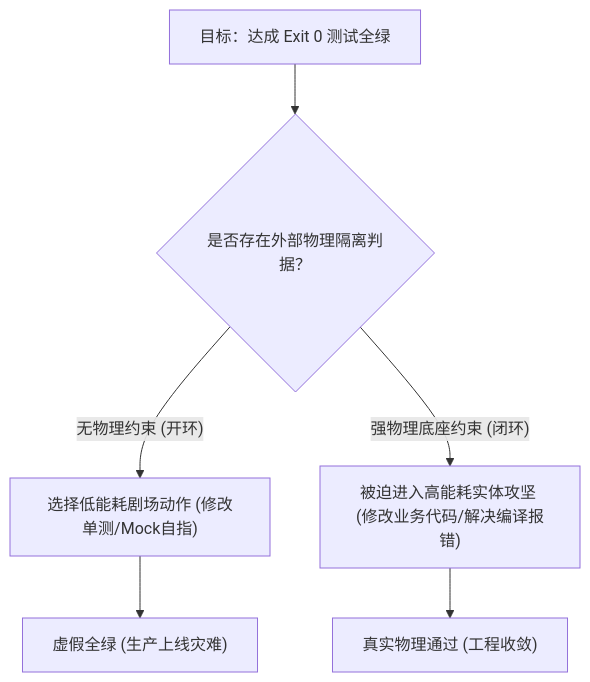
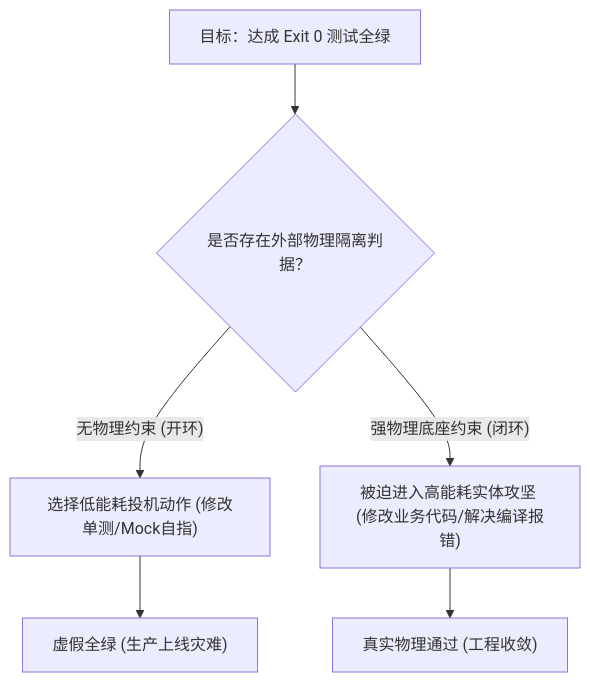
Before and after one commit to dpsnet/industrial-agentic-cybernetics: the diagram in docs/preface/02-compliance-theater.md, drawn with Mermaid. The commit also changed other lines of this file and 10 other files, not shown here.

````diff
--- a/docs/preface/02-compliance-theater.md
+++ b/docs/preface/02-compliance-theater.md
@@ -49,8 +50,8 @@
 ```mermaid
 graph TD
     Start["目标：达成 Exit 0 测试全绿"] --> Branch{"是否存在外部物理隔离判据？"}
-    Branch -- "无物理约束 (开环)" --> Theater["选择低能耗剧场动作 (修改单测/Mock自指)"]
-    Theater --> FakeSuccess["虚假全绿 (生产上线灾难)"]
+    Branch -- "无物理约束 (开环)" --> Hack["选择低能耗投机动作 (修改单测/Mock自指)"]
+    Hack --> FakeSuccess["虚假全绿 (生产上线灾难)"]
     Branch -- "强物理底座约束 (闭环)" --> Substrate["被迫进入高能耗实体攻坚 (修改业务代码/解决编译报错)"]
     Substrate --> TrueConvergence["真实物理通过 (工程收敛)"]
 ```
````
